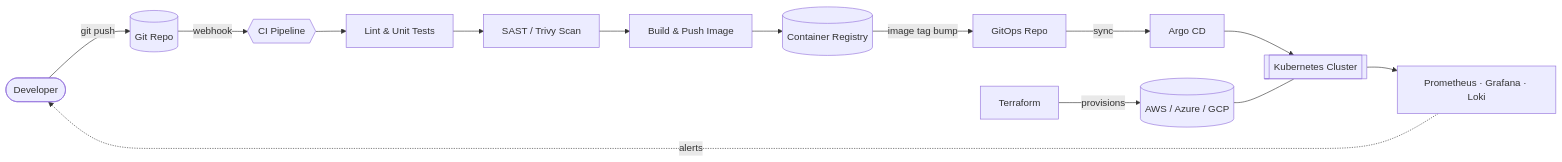
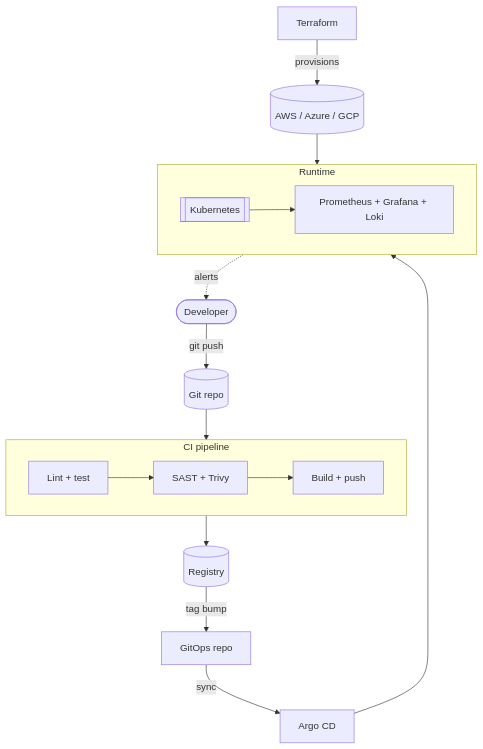
One commit to PavanPadamata/PavanPadamata changed the diagram in README.md. Above: the diagram before and after it, drawn with Mermaid. The commit also changed other lines of this file, not shown here.

Commit message:
Fix stats card and rework architecture diagram layout

````diff
--- a/README.md
+++ b/README.md
@@ -86,16 +86,24 @@
 ```mermaid
-flowchart LR
-    DEV([Developer]) -->|git push| GIT[(Git Repo)]
-    GIT -->|webhook| CI{{CI Pipeline}}
-    CI --> T[Lint & Unit Tests]
-    T --> S[SAST / Trivy Scan]
-    S --> B[Build & Push Image]
-    B --> REG[(Container Registry)]
-    REG -->|image tag bump| GO[GitOps Repo]
+flowchart TB
+    DEV([Developer]) -->|git push| GIT[(Git repo)]
+    GIT --> CI
+
+    subgraph CI [CI pipeline]
+        direction LR
+        T[Lint + test] --> S[SAST + Trivy] --> B[Build + push]
+    end
+
+    CI --> REG[(Registry)]
+    REG -->|tag bump| GO[GitOps repo]
     GO -->|sync| ARGO[Argo CD]
-    ARGO --> K8S[[Kubernetes Cluster]]
-    K8S --> OBS[Prometheus · Grafana · Loki]
+    ARGO --> K8S
+
+    subgraph RUN [Runtime]
+        direction LR
+        K8S[[Kubernetes]] --> OBS[Prometheus + Grafana + Loki]
+    end
+
+    TF[Terraform] -->|provisions| CLOUD[(AWS / Azure / GCP)]
+    CLOUD --> K8S
     OBS -.->|alerts| DEV
-    TF[Terraform] -->|provisions| CLOUD[(AWS / Azure / GCP)]
-    CLOUD --- K8S
 ```
````
